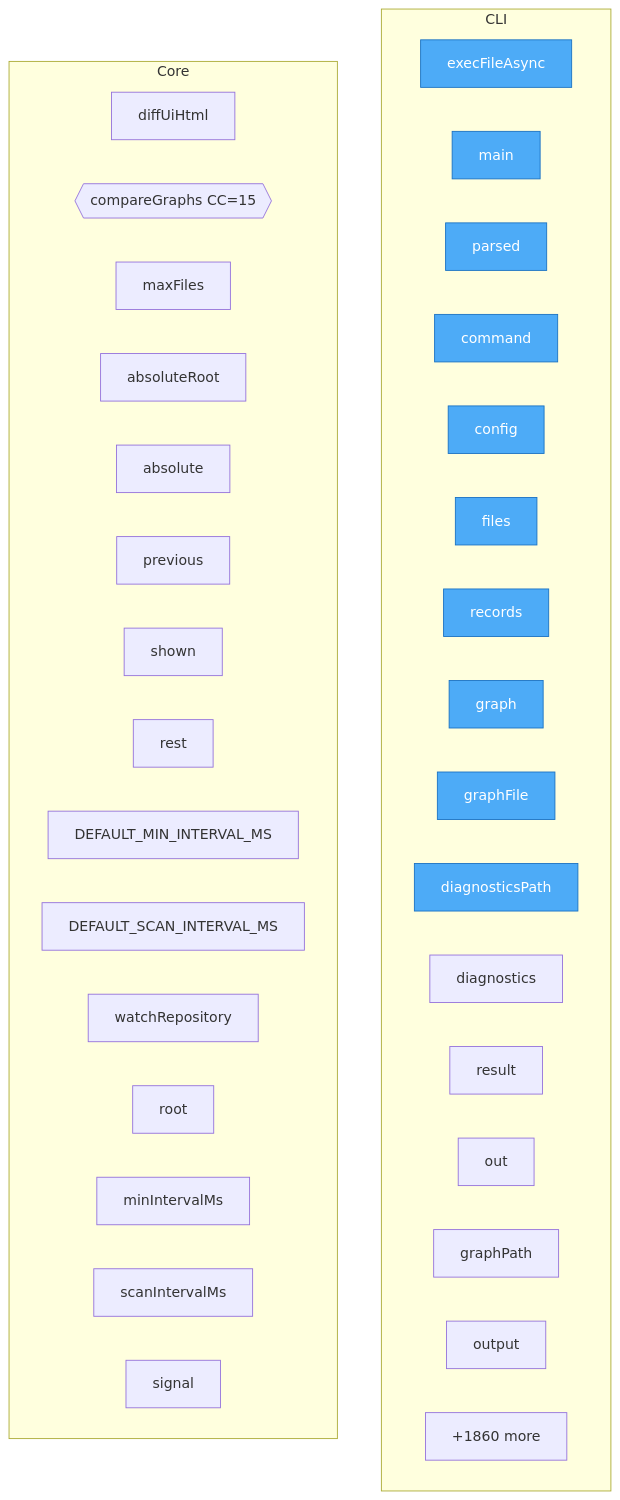
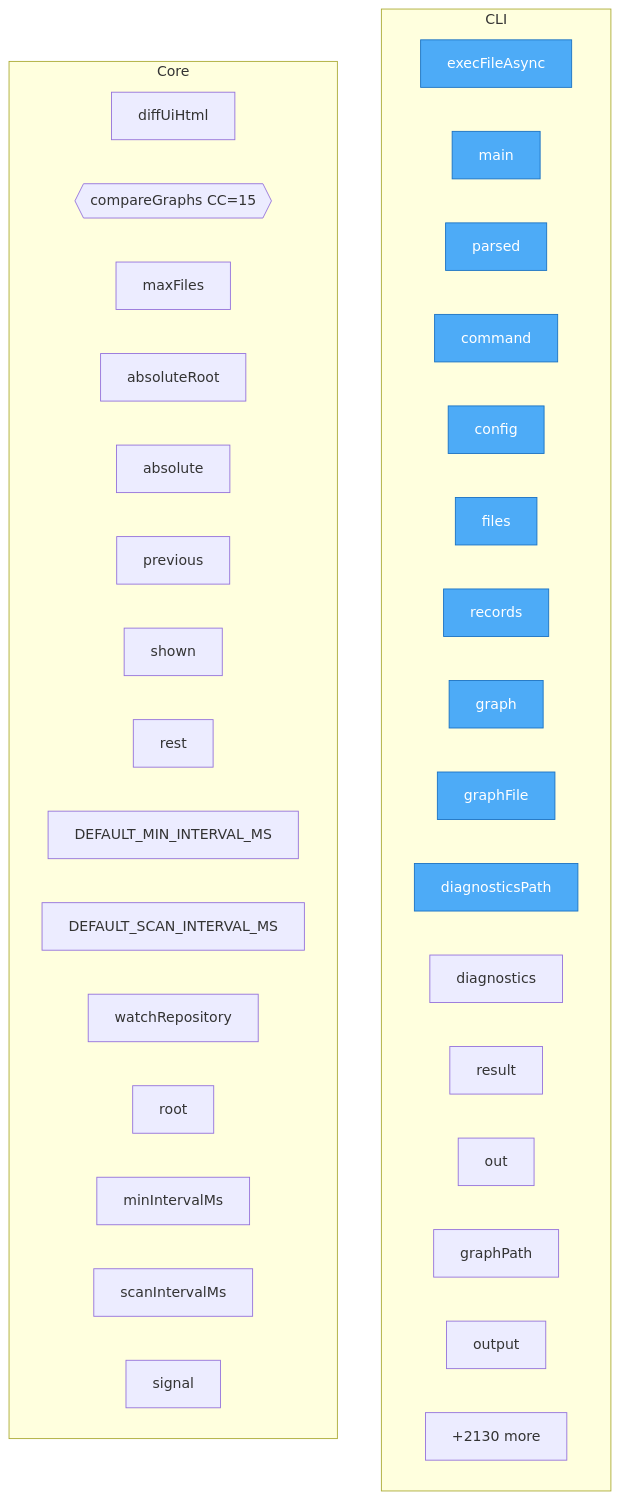
Before and after one commit to autogrammar/todo2code: the diagram in project/flow.mmd, drawn with Mermaid. The commit also changed 21 other files, not shown here.

```diff
--- a/project/flow.mmd
+++ b/project/flow.mmd
@@ -1,45 +1,45 @@
 flowchart TD
-%% generated in 0.03s
+%% generated in 0.04s
 
     %% Entry points (blue)
     classDef entry fill:#4dabf7,stroke:#1971c2,color:#fff
 
     subgraph CLI
         src__cli__execFileAsync["execFileAsync"]
         src__cli__main["main"]
         src__cli__parsed["parsed"]
         src__cli__command["command"]
         src__cli__config["config"]
         src__cli__files["files"]
         src__cli__records["records"]
         src__cli__graph["graph"]
         src__cli__graphFile["graphFile"]
         src__cli__diagnosticsPath["diagnosticsPath"]
         src__cli__diagnostics["diagnostics"]
         src__cli__result["result"]
         src__cli__out["out"]
         src__cli__graphPath["graphPath"]
         src__cli__output["output"]
         ...["+68 more"]
     end
 
     subgraph Core
         src__web__diff_ui__diffUiHtml["diffUiHtml"]
         src__web__diff_ui__compareGraphs{{compareGraphs CC=15}}
         src__watch__watcher__maxFiles["maxFiles"]
         src__watch__watcher__absoluteRoot["absoluteRoot"]
         src__watch__watcher__absolute["absolute"]
         src__watch__watcher__previous["previous"]
         src__watch__watcher__shown["shown"]
         src__watch__watcher__rest["rest"]
         src__watch__watcher__DEFAULT_MIN_INTERVAL_MS["DEFAULT_MIN_INTERVAL_MS"]
         src__watch__watcher__DEFAULT_SCAN_INTERVAL_MS["DEFAULT_SCAN_INTERVAL_MS"]
         src__watch__watcher__watchRepository["watchRepository"]
         src__watch__watcher__root["root"]
         src__watch__watcher__minIntervalMs["minIntervalMs"]
         src__watch__watcher__scanIntervalMs["scanIntervalMs"]
         src__watch__watcher__signal["signal"]
-        ...["+1860 more"]
+        ...["+2130 more"]
     end
 
     class src__cli__execFileAsync,src__cli__main,src__cli__parsed,src__cli__command,src__cli__config,src__cli__files,src__cli__records,src__cli__graph,src__cli__graphFile,src__cli__diagnosticsPath entry
```
